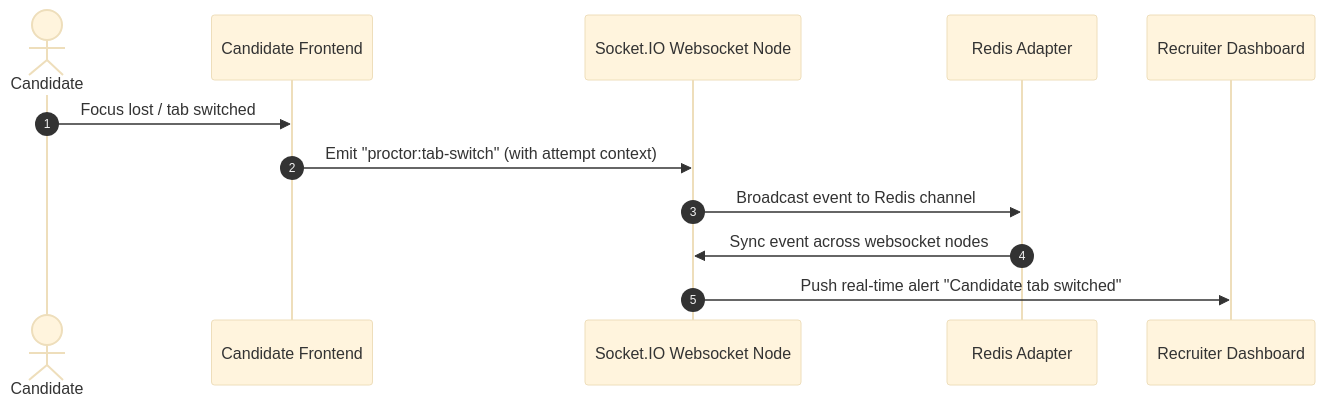
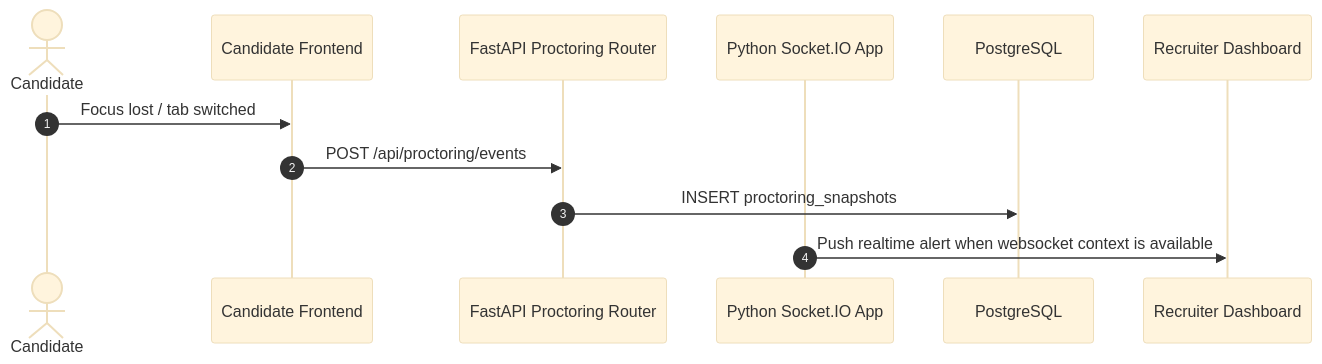
The third of 3 diagrams in docs/ARCHITECTURE.md (sreethan05/intellihire), drawn with Mermaid (base theme) before and after one commit. The commit also changed other lines of this file and 13 other files, not shown here.

````diff
--- a/docs/ARCHITECTURE.md
+++ b/docs/ARCHITECTURE.md
@@ -74,15 +70,15 @@
 ```mermaid
 sequenceDiagram
     autonumber
     actor Candidate as Candidate
     participant FE as Candidate Frontend
-    participant WS as Socket.IO Websocket Node
-    participant RD as Redis Adapter
+    participant API as FastAPI Proctoring Router
+    participant WS as Python Socket.IO App
+    participant DB as PostgreSQL
     participant REC as Recruiter Dashboard
 
     Candidate->>FE: Focus lost / tab switched
-    FE->>WS: Emit "proctor:tab-switch" (with attempt context)
-    WS->>RD: Broadcast event to Redis channel
-    RD->>WS: Sync event across websocket nodes
-    WS->>REC: Push real-time alert "Candidate tab switched"
+    FE->>API: POST /api/proctoring/events
+    API->>DB: INSERT proctoring_snapshots
+    WS->>REC: Push realtime alert when websocket context is available
 ```
````
